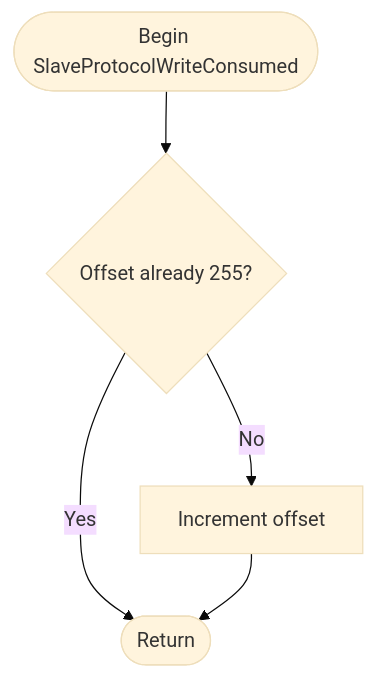
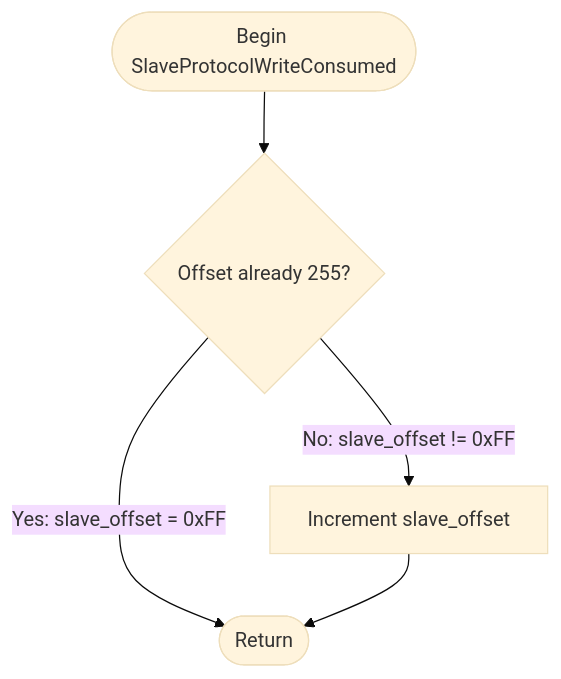
One commit to rosstimo/RCET3375 changed the eighth of 10 diagrams in LabAssignments/support/Lab10-I2C-Slave-Three-Level-Student-Guide.md. Above: the diagram before and after it, drawn with Mermaid (base theme). The commit also changed other lines of this file, not shown here.

Commit message:
Align Level 2 flowcharts with explicit protocol-state branch conditions

````diff
--- a/LabAssignments/support/Lab10-I2C-Slave-Three-Level-Student-Guide.md
+++ b/LabAssignments/support/Lab10-I2C-Slave-Three-Level-Student-Guide.md
@@ -284,7 +286,7 @@
 ```mermaid
 flowchart TD
-    Begin([Begin SlaveProtocolWriteConsumed]) --> Limit{"Offset already 255?"}
-    Limit -->|Yes| Exit([Return])
-    Limit -->|No| Advance["Increment offset"]
+    Begin(["Begin SlaveProtocolWriteConsumed"]) --> Limit{"Offset already 255?"}
+    Limit -->|"Yes: slave_offset = 0xFF"| Exit(["Return"])
+    Limit -->|"No: slave_offset != 0xFF"| Advance["Increment slave_offset"]
     Advance --> Exit
 ```
````
